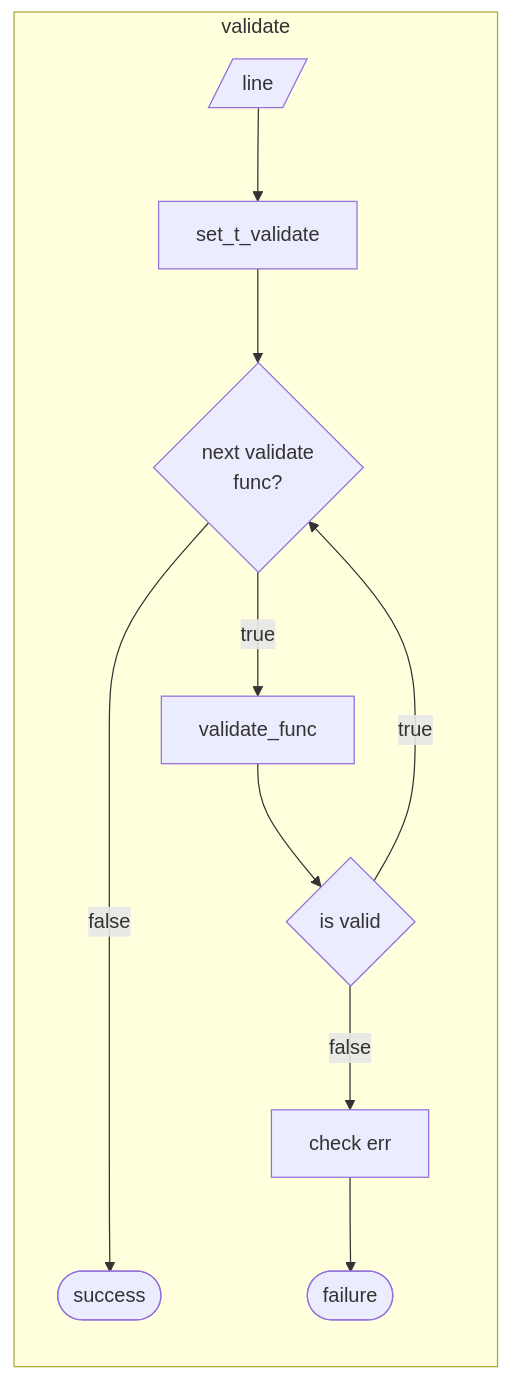
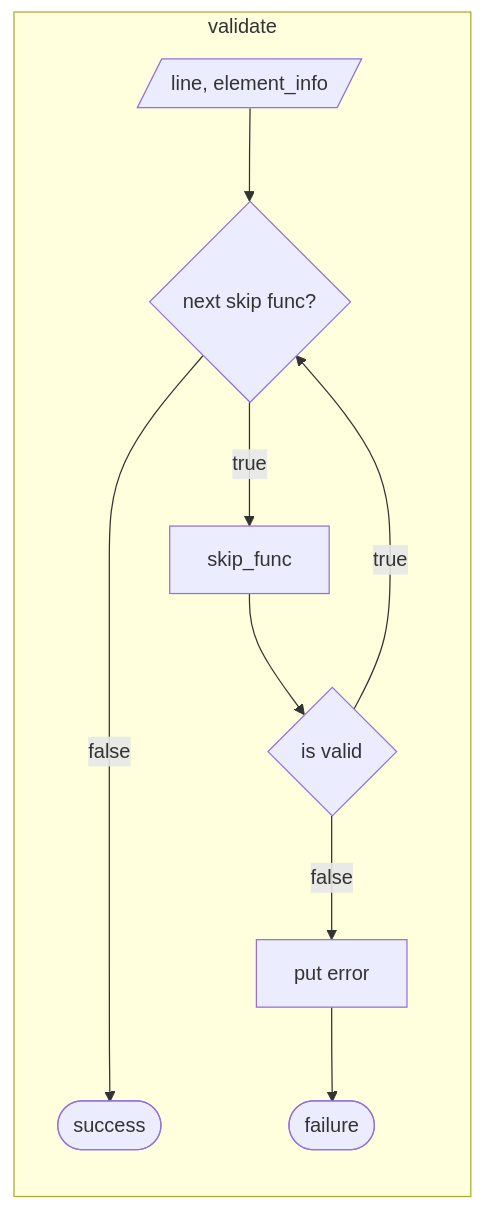
The first of 3 diagrams in docs/validate.md (dattekoda/miniRT), drawn with Mermaid before and after one commit. The commit also changed other lines of this file, not shown here.

````diff
--- a/docs/validate.md
+++ b/docs/validate.md
@@ -1,15 +1,14 @@
 ```mermaid
 flowchart
 subgraph validate
 	direction TB
-	input[/line/]-->v1[set_t_validate]
+	input[/line, element_info/]
 	wh----->|false|output([success])
-	v1-->wh{next validate
-	func?}
-	wh-->|true|v2[validate_func]
+	input-->wh{next skip func?}
+	wh-->|true|v2[skip_func]
 	v2-->if1{is valid}
 	if1-->|true|wh
-	if1-->|false|v3[check err]
+	if1-->|false|v3[put error]
 	v3-->f([failure])
 end
 ```
````
